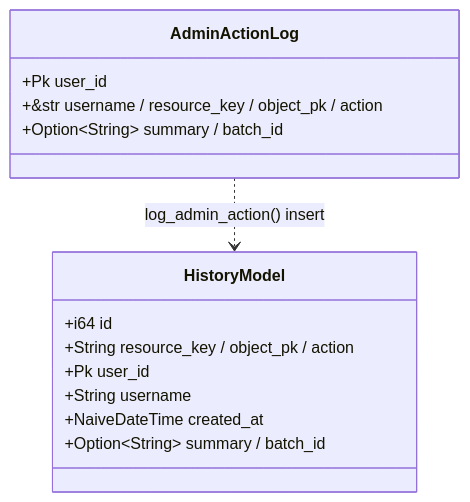
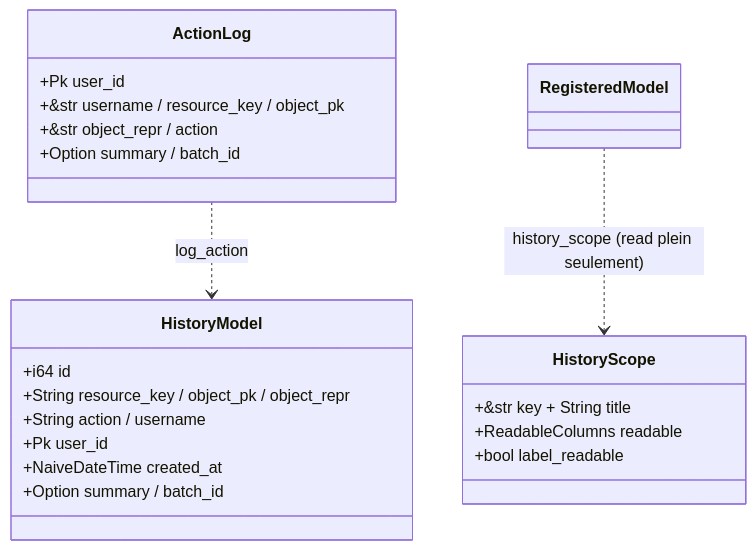
Before and after one commit to seb-alliot/runique: the fourth of 5 diagrams in diagramme/uml/admin/admin-complements.md, drawn with Mermaid. The commit also changed other lines of this file and 36 other files, not shown here.

````diff
--- a/diagramme/uml/admin/admin-complements.md
+++ b/diagramme/uml/admin/admin-complements.md
@@ -102,17 +111,24 @@
 ```mermaid
 classDiagram
+    class ActionLog {
+        +Pk user_id
+        +&str username / resource_key / object_pk
+        +&str object_repr / action
+        +Option summary / batch_id
+    }
     class HistoryModel {
         +i64 id
-        +String resource_key / object_pk / action
+        +String resource_key / object_pk / object_repr
+        +String action / username
         +Pk user_id
-        +String username
         +NaiveDateTime created_at
-        +Option~String~ summary / batch_id
+        +Option summary / batch_id
     }
-    class AdminActionLog {
-        +Pk user_id
-        +&str username / resource_key / object_pk / action
-        +Option~String~ summary / batch_id
+    class HistoryScope {
+        +&str key + String title
+        +ReadableColumns readable
+        +bool label_readable
     }
-    AdminActionLog ..> HistoryModel : log_admin_action() insert
+    ActionLog ..> HistoryModel : log_action
+    RegisteredModel ..> HistoryScope : history_scope (read plein seulement)
 ```
````
